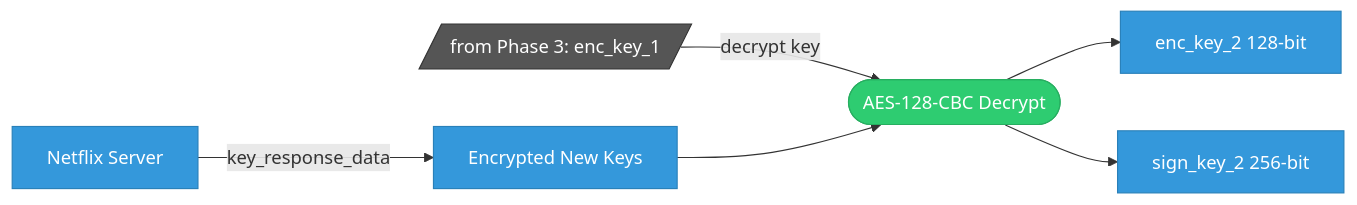
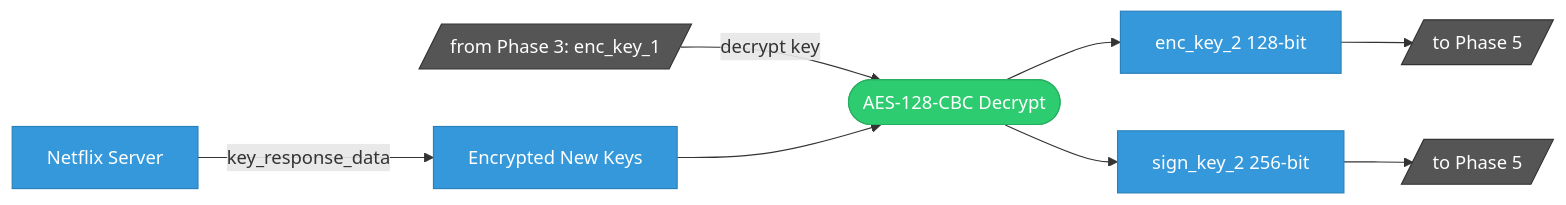
One commit to qtmleap/revkit changed the fifth of 9 diagrams in docs/spec/msl_key_relationship.md. Above: the diagram before and after it, drawn with Mermaid. The commit also changed other lines of this file, not shown here.

First line of the commit message:
docs(spec): to Phase N をノードに統一、全Phase間参照を明示

````diff
--- a/docs/spec/msl_key_relationship.md
+++ b/docs/spec/msl_key_relationship.md
@@ -120,15 +133,19 @@
 ```mermaid
 graph LR
     SERVER["Netflix Server"] -->|key_response_data| KRD["Encrypted New Keys"]
     FROM_P3b[/"from Phase 3: enc_key_1"/] -->|decrypt key| OP_DEC(["AES-128-CBC Decrypt"])
     KRD --> OP_DEC
     OP_DEC --> ENC2["enc_key_2 128-bit"]
     OP_DEC --> SIGN2["sign_key_2 256-bit"]
+    ENC2 --> TO_P5a[/"to Phase 5"/]
+    SIGN2 --> TO_P5b[/"to Phase 5"/]
 
     style SERVER fill:#3498db,stroke:#2980b9,color:#fff
     style KRD fill:#3498db,stroke:#2980b9,color:#fff
     style FROM_P3b fill:#555,stroke:#333,color:#fff
+    style TO_P5a fill:#555,stroke:#333,color:#fff
+    style TO_P5b fill:#555,stroke:#333,color:#fff
     style OP_DEC fill:#2ecc71,stroke:#27ae60,color:#fff
     style ENC2 fill:#3498db,stroke:#2980b9,color:#fff
     style SIGN2 fill:#3498db,stroke:#2980b9,color:#fff
 ```
````
